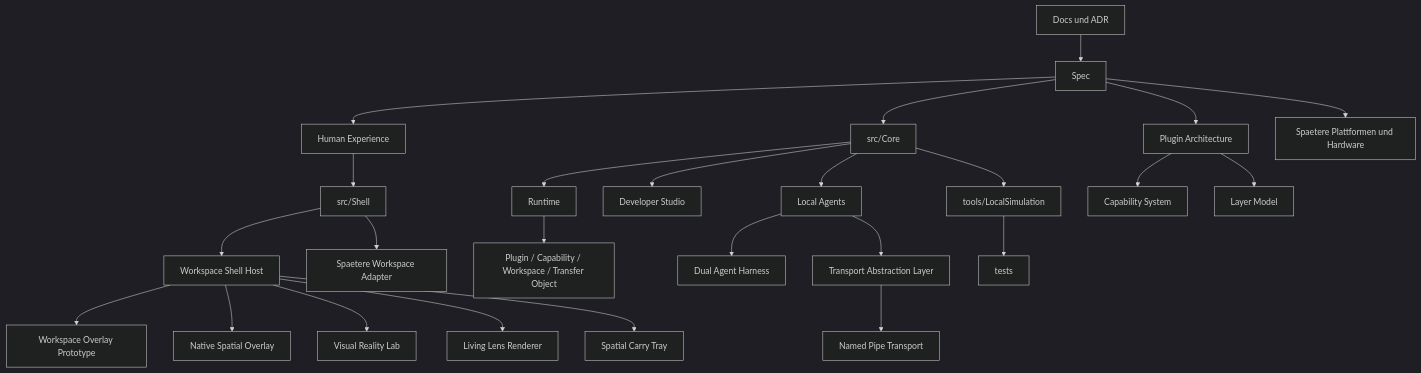
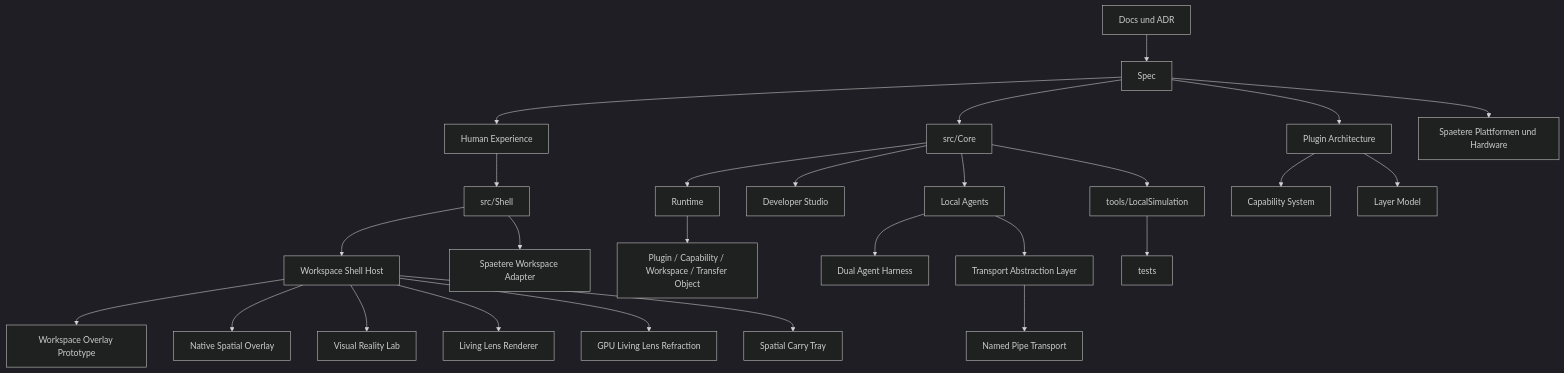
Before and after one commit to rk-engineeringAToutlook-de/RKWorkspace: the diagram in README.md, drawn with Mermaid (dark theme). The commit also changed other lines of this file and 16 other files, not shown here.

Commit message:
feat(shell): add gpu living lens refraction prototype

````diff
--- a/README.md
+++ b/README.md
@@ -106,27 +107,28 @@
 ```mermaid
 flowchart TB
     Docs["Docs und ADR"] --> Spec["Spec"]
     Spec --> HX["Human Experience"]
     HX --> Shell["src/Shell"]
     Shell --> ShellHost["Workspace Shell Host"]
     ShellHost --> Overlay["Workspace Overlay Prototype"]
     ShellHost --> NativeOverlay["Native Spatial Overlay"]
     ShellHost --> VisualReality["Visual Reality Lab"]
     ShellHost --> LivingLens["Living Lens Renderer"]
+    ShellHost --> GpuLens["GPU Living Lens Refraction"]
     ShellHost --> SpatialTray["Spatial Carry Tray"]
     Spec --> Core["src/Core"]
     Shell --> Adapters["Spaetere Workspace Adapter"]
     Core --> Runtime["Runtime"]
     Runtime --> Managers["Plugin / Capability / Workspace / Transfer Object"]
     Spec --> Plugins["Plugin Architecture"]
     Plugins --> Capabilities["Capability System"]
     Plugins --> Layers["Layer Model"]
     Core --> Studio["Developer Studio"]
     Core --> Agents["Local Agents"]
     Agents --> Harness["Dual Agent Harness"]
     Agents --> Transport["Transport Abstraction Layer"]
     Transport --> Ipc["Named Pipe Transport"]
     Core --> Simulation["tools/LocalSimulation"]
     Simulation --> Tests["tests"]
     Spec --> Future["Spaetere Plattformen und Hardware"]
 ```
````
